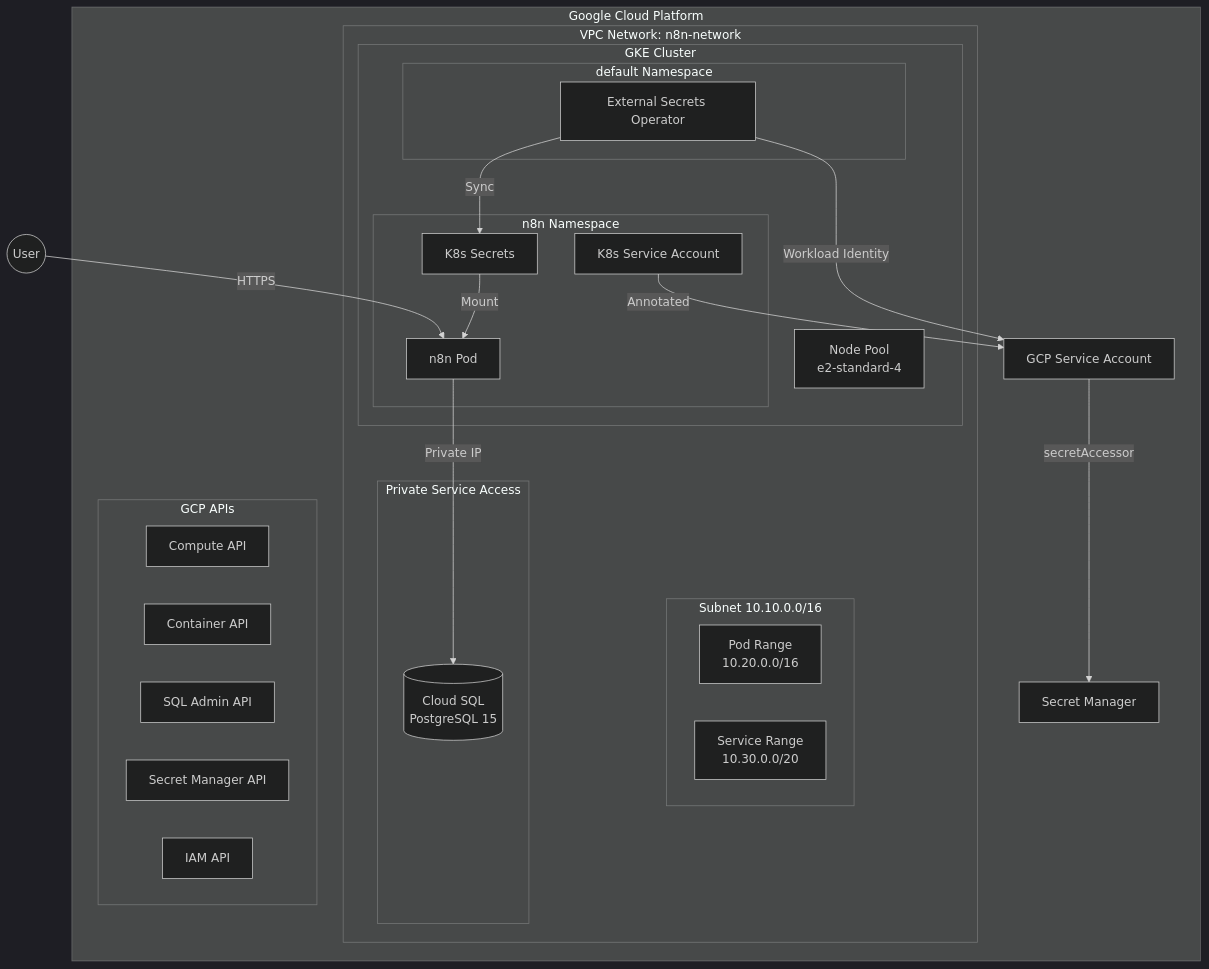
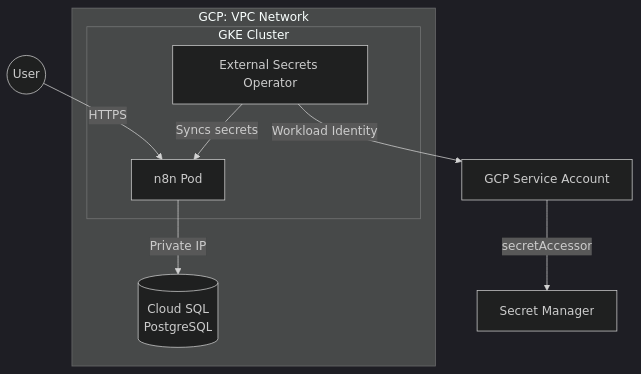
Before and after one commit to harsh342/terraform-gcp: the diagram in n8n/README.md, drawn with Mermaid (dark theme). The commit also changed other lines of this file and 7 other files, not shown here.

Commit message:
docs: Overhaul README with detailed architecture, quick start, and troubleshooting, and remove obsolete documentation and sandbox configuration.

````diff
--- a/n8n/README.md
+++ b/n8n/README.md
@@ -7,46 +13,19 @@
 ```mermaid
 graph TB
-    subgraph "Google Cloud Platform"
-        subgraph "VPC Network: n8n-network"
-            subgraph "GKE Cluster"
-                subgraph "n8n Namespace"
-                    N8N[n8n Pod]
-                    K8S_SA[K8s Service Account]
-                    K8S_SEC[K8s Secrets]
-                end
-                subgraph "default Namespace"
-                    ESO[External Secrets Operator]
-                end
-                NP[Node Pool<br/>e2-standard-4]
-            end
-            
-            subgraph "Subnet 10.10.0.0/16"
-                PODS[Pod Range<br/>10.20.0.0/16]
-                SVC[Service Range<br/>10.30.0.0/20]
-            end
-            
-            subgraph "Private Service Access"
-                CLOUDSQL[(Cloud SQL<br/>PostgreSQL 15)]
-            end
+    subgraph "GCP: VPC Network"
+        subgraph "GKE Cluster"
+            N8N[n8n Pod]
+            ESO[External Secrets Operator]
         end
-        
-        SM[Secret Manager]
-        GCP_SA[GCP Service Account]
-        
-        subgraph "GCP APIs"
-            API1[Compute API]
-            API2[Container API]
-            API3[SQL Admin API]
-            API4[Secret Manager API]
-            API5[IAM API]
-        end
+        SQL[(Cloud SQL<br/>PostgreSQL)]
     end
-    
+
+    SM[Secret Manager]
+    GSA[GCP Service Account]
+
     USER((User)) -->|HTTPS| N8N
-    N8N -->|Private IP| CLOUDSQL
-    ESO -->|Workload Identity| GCP_SA
-    GCP_SA -->|secretAccessor| SM
-    ESO -->|Sync| K8S_SEC
-    K8S_SEC -->|Mount| N8N
-    K8S_SA -->|Annotated| GCP_SA
+    N8N -->|Private IP| SQL
+    ESO -->|Workload Identity| GSA
+    GSA -->|secretAccessor| SM
+    ESO -->|Syncs secrets| N8N
 ```
````
